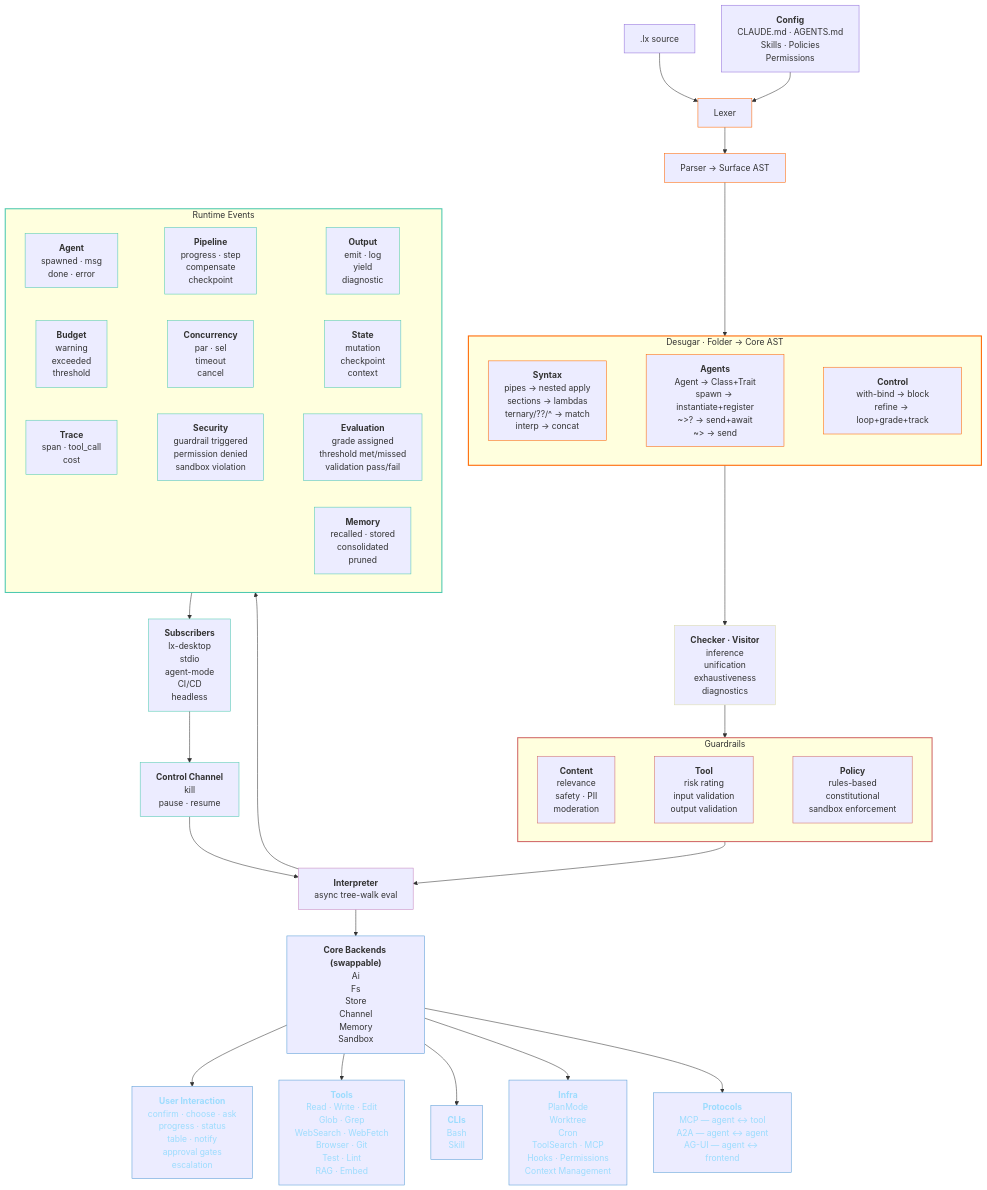
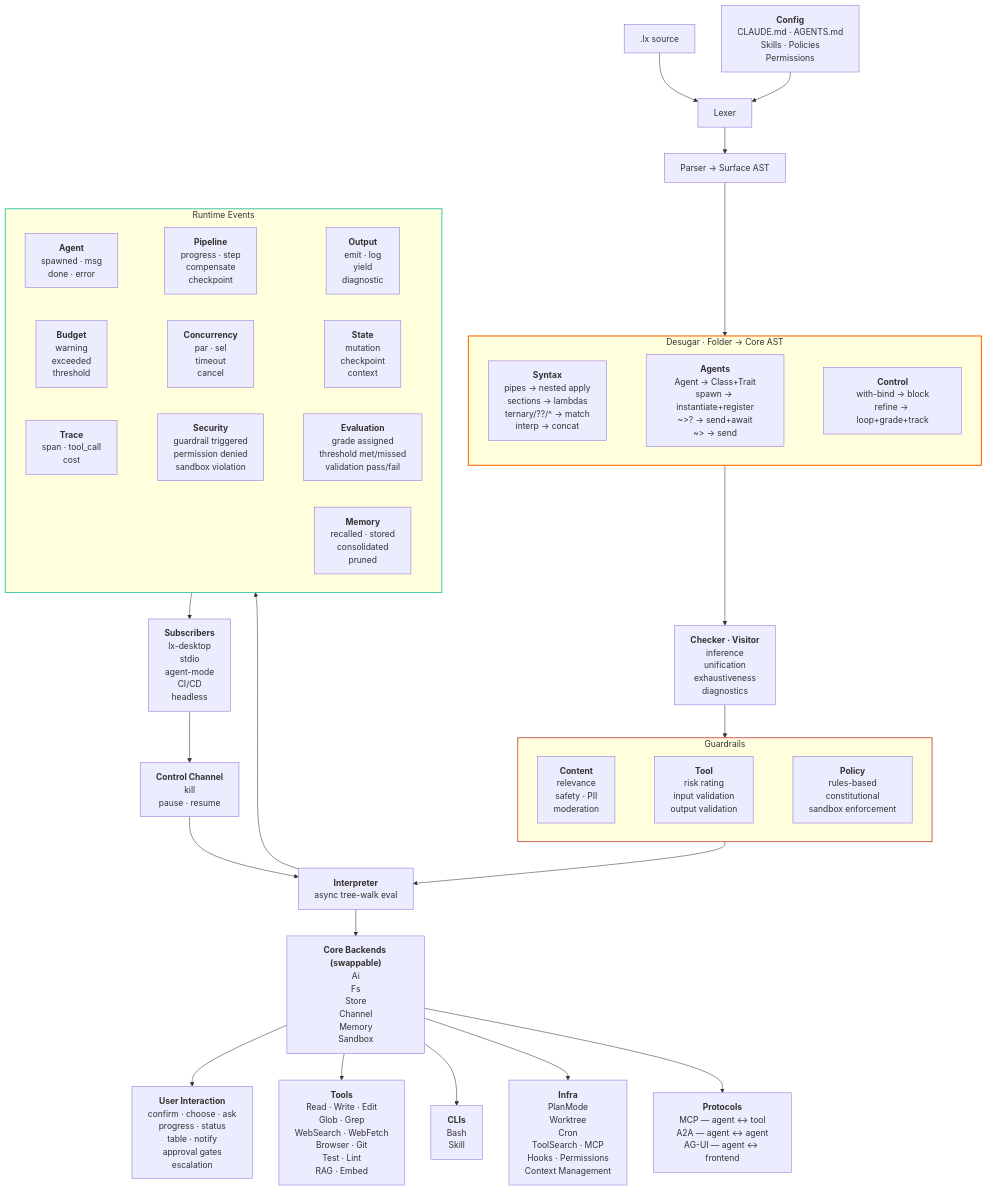
The diagram in DIAGRAM.mmd (Distortedlogic/lx), drawn with Mermaid before and after one commit. The commit also changed 9 other files, not shown here.

Commit message:
Update DIAGRAM.mmd, DIAGRAM.png, WORKFLOW.mmd, and 7 more files

```diff
--- a/DIAGRAM.mmd
+++ b/DIAGRAM.mmd
@@ -1,163 +1,155 @@
 graph TD
     source[".lx source"]
     config["`**Config**
 CLAUDE.md · AGENTS.md
 Skills · Policies
 Permissions`"]
     source --> lexer["Lexer"]:::orange
     config --> lexer
     lexer --> parser["Parser → Surface AST"]:::orange
     parser --> desugars
 
     subgraph desugars ["Desugar · Folder → Core AST"]
         direction LR
         ds_syntax["`**Syntax**
 pipes → nested apply
 sections → lambdas
 ternary/??/^ → match
 interp → concat`"]:::orange
         ds_agents["`**Agents**
 Agent → Class+Trait
 spawn → instantiate+register
 ~>? → send+await
 ~> → send`"]:::orange
         ds_control["`**Control**
 with-bind → block
 refine → loop+grade+track`"]:::orange
         ds_syntax ~~~ ds_agents ~~~ ds_control
     end
 
     desugars --> checker["`**Checker · Visitor**
 inference
 unification
 exhaustiveness
 diagnostics`"]:::yellow
     checker --> guardrails
 
     subgraph guardrails ["Guardrails"]
         direction LR
         gr_content["`**Content**
 relevance
 safety · PII
 moderation`"]:::red
         gr_tool["`**Tool**
 risk rating
 input validation
 output validation`"]:::red
         gr_policy["`**Policy**
 rules-based
 constitutional
 sandbox enforcement`"]:::red
         gr_content ~~~ gr_tool ~~~ gr_policy
     end
 
     guardrails --> interpreter["`**Interpreter**
 async tree-walk eval`"]:::purple
 
     interpreter --> backends["`**Core Backends (swappable)**
 Ai
 Fs
 Store
 Channel
 Memory
 Sandbox`"]:::blue
     interpreter --> events
 
     backends --> user["`**User Interaction**
 confirm · choose · ask
 progress · status
 table · notify
 approval gates
 escalation`"]:::bluelight
 
     subgraph events ["Runtime Events"]
         direction LR
         evt_agent["`**Agent**
 spawned · msg
 done · error`"]:::teal
         evt_pipeline["`**Pipeline**
 progress · step
 compensate
 checkpoint`"]:::teal
         evt_output["`**Output**
 emit · log
 yield
 diagnostic`"]:::teal
         evt_budget["`**Budget**
 warning
 exceeded
 threshold`"]:::teal
         evt_concurrency["`**Concurrency**
 par · sel
 timeout
 cancel`"]:::teal
         evt_state["`**State**
 mutation
 checkpoint
 context`"]:::teal
         evt_trace["`**Trace**
 span · tool_call
 cost`"]:::teal
         evt_security["`**Security**
 guardrail triggered
 permission denied
 sandbox violation`"]:::teal
         evt_eval["`**Evaluation**
 grade assigned
 threshold met/missed
 validation pass/fail`"]:::teal
         evt_memory["`**Memory**
 recalled · stored
 consolidated
 pruned`"]:::teal
         evt_agent ~~~ evt_pipeline ~~~ evt_output
         evt_budget ~~~ evt_concurrency ~~~ evt_state
         evt_trace ~~~ evt_security ~~~ evt_eval
     end
 
     backends --> tools["`**Tools**
 Read · Write · Edit
 Glob · Grep
 WebSearch · WebFetch
 Browser · Git
 Test · Lint
 RAG · Embed`"]:::bluelight
     backends --> clis["`**CLIs**
 Bash
 Skill`"]:::bluelight
     backends --> infra["`**Infra**
 PlanMode
 Worktree
 Cron
 ToolSearch · MCP
 Hooks · Permissions
 Context Management`"]:::bluelight
 
     backends --> protocols["`**Protocols**
 MCP — agent ↔ tool
 A2A — agent ↔ agent
 AG-UI — agent ↔ frontend`"]:::bluelight
 
     events --> subs["`**Subscribers**
 lx-desktop
 stdio
 agent-mode
 CI/CD
 headless`"]:::teal
 
     subs --> control["`**Control Channel**
 kill
 pause · resume`"]:::teal
     control --> interpreter
 
-    classDef orange stroke:#ff6600
-    classDef yellow stroke:#dcdcaa
-    classDef red stroke:#d16969
-    classDef purple stroke:#c586c0
-    classDef blue stroke:#569cd6
-    classDef bluelight stroke:#569cd6,color:#9cdcfe
-    classDef teal stroke:#4ec9b0
-
     style desugars stroke:#ff6600,stroke-width:2px
     style guardrails stroke:#d16969,stroke-width:2px
     style events stroke:#4ec9b0,stroke-width:2px
```
